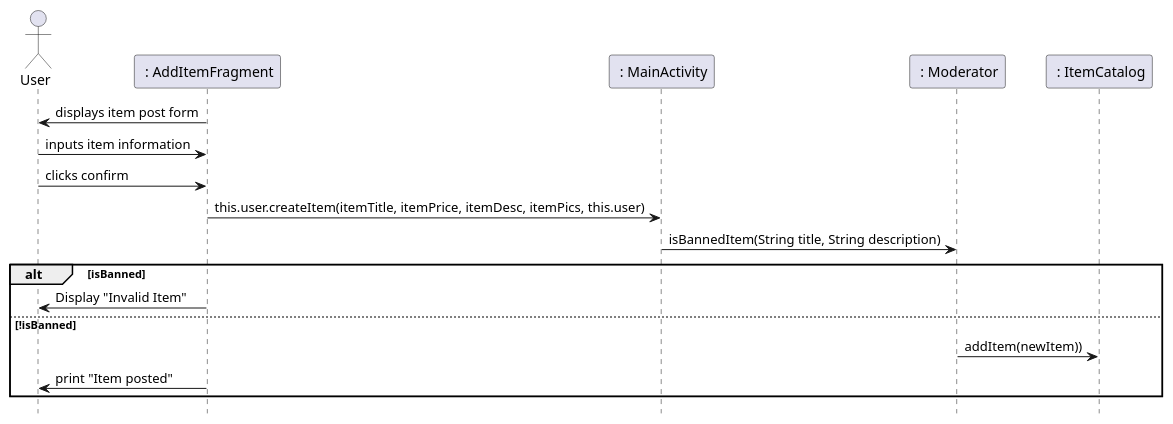
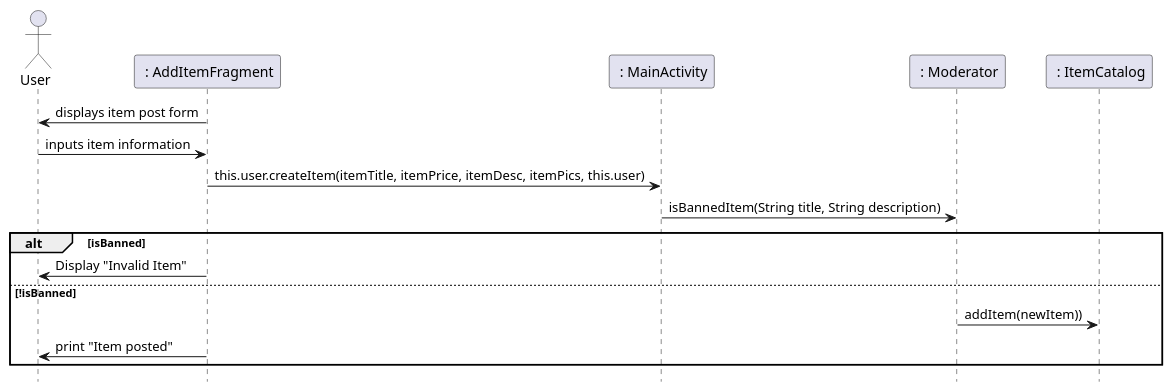
The second of 5 diagrams in IntelliJ/Doc/design.md (remyben-creator/Marketplace-Application), drawn with PlantUML before and after one commit. The commit also changed other lines of this file, not shown here.

Commit message:
Existing Sequence Diagrams Finalized

````diff
--- a/IntelliJ/Doc/design.md
+++ b/IntelliJ/Doc/design.md
@@ -54,20 +54,19 @@
 ```plantuml
 hide footbox
 actor User as user
 participant " : AddItemFragment" as ui
 participant " : MainActivity" as controller
 participant " : Moderator" as moderator
 participant " : ItemCatalog" as itemcatalog
 
 ui -> user : displays item post form
 user -> ui : inputs item information
-user -> ui : clicks confirm
 ui -> controller : this.user.createItem(itemTitle, itemPrice, itemDesc, itemPics, this.user)
 controller -> moderator : isBannedItem(String title, String description)
 alt isBanned   
  ui -> user : Display "Invalid Item"
 else !isBanned
  moderator -> itemcatalog : addItem(newItem))
  ui -> user : print "Item posted"
 end
 ```
````
